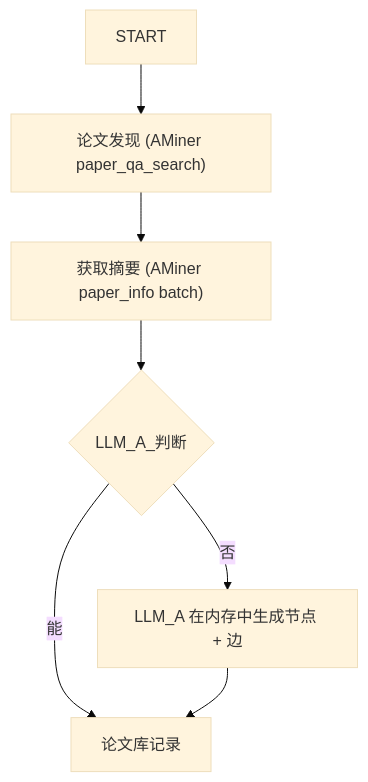
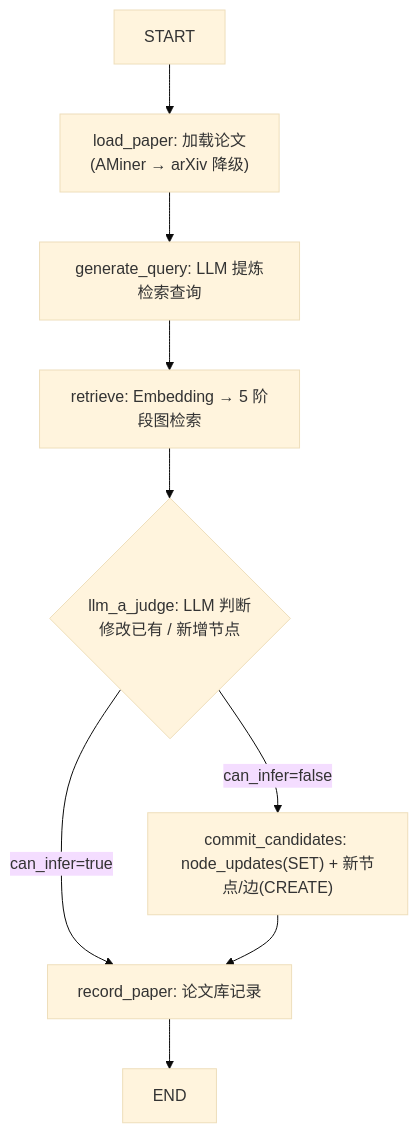
One commit to cheanus/IdeaForgeX changed the second of 3 diagrams in docs/architecture.md. Above: the diagram before and after it, drawn with Mermaid (base theme). The commit also changed other lines of this file and 13 other files, not shown here.

First line of the commit message:
feat: training retrieval + node updates + inference LLM call

````diff
--- a/docs/architecture.md
+++ b/docs/architecture.md
@@ -92,10 +100,12 @@
 ```mermaid
 flowchart TD
     S["START"]
-    S --> D["论文发现 (AMiner paper_qa_search)"]
-    D --> P1["获取摘要 (AMiner paper_info batch)"]
-    P1 --> A1{"LLM_A_判断"}
-    A1 -->|能| PAPER["论文库记录"]
-    A1 -->|否| A2["LLM_A 在内存中生成节点 + 边"]
+    S --> D["load_paper: 加载论文<br/>(AMiner → arXiv 降级)"]
+    D --> GQ["generate_query: LLM 提炼检索查询"]
+    GQ --> RET["retrieve: Embedding → 5 阶段图检索"]
+    RET --> A1{"llm_a_judge: LLM 判断<br/>修改已有 / 新增节点"}
+    A1 -->|can_infer=true| PAPER["record_paper: 论文库记录"]
+    A1 -->|can_infer=false| A2["commit_candidates: node_updates(SET) + 新节点/边(CREATE)"]
     A2 --> PAPER
+    PAPER --> E["END"]
 ```
````
